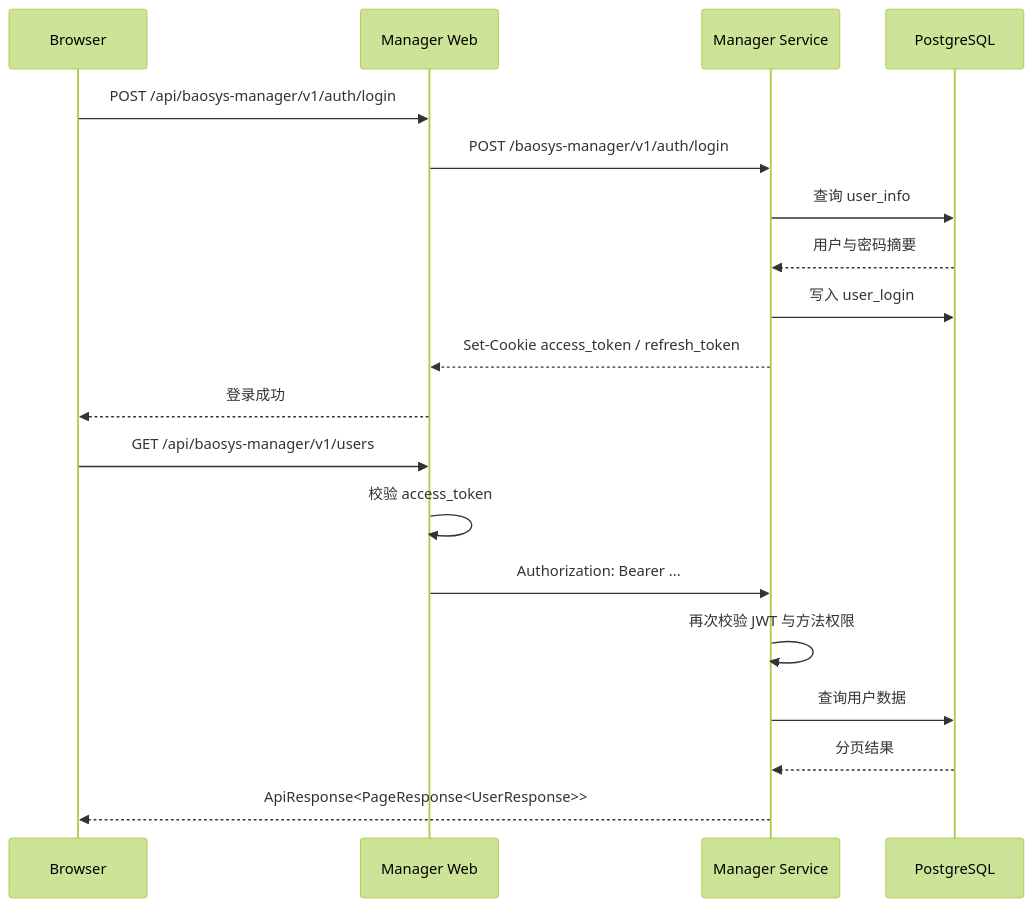
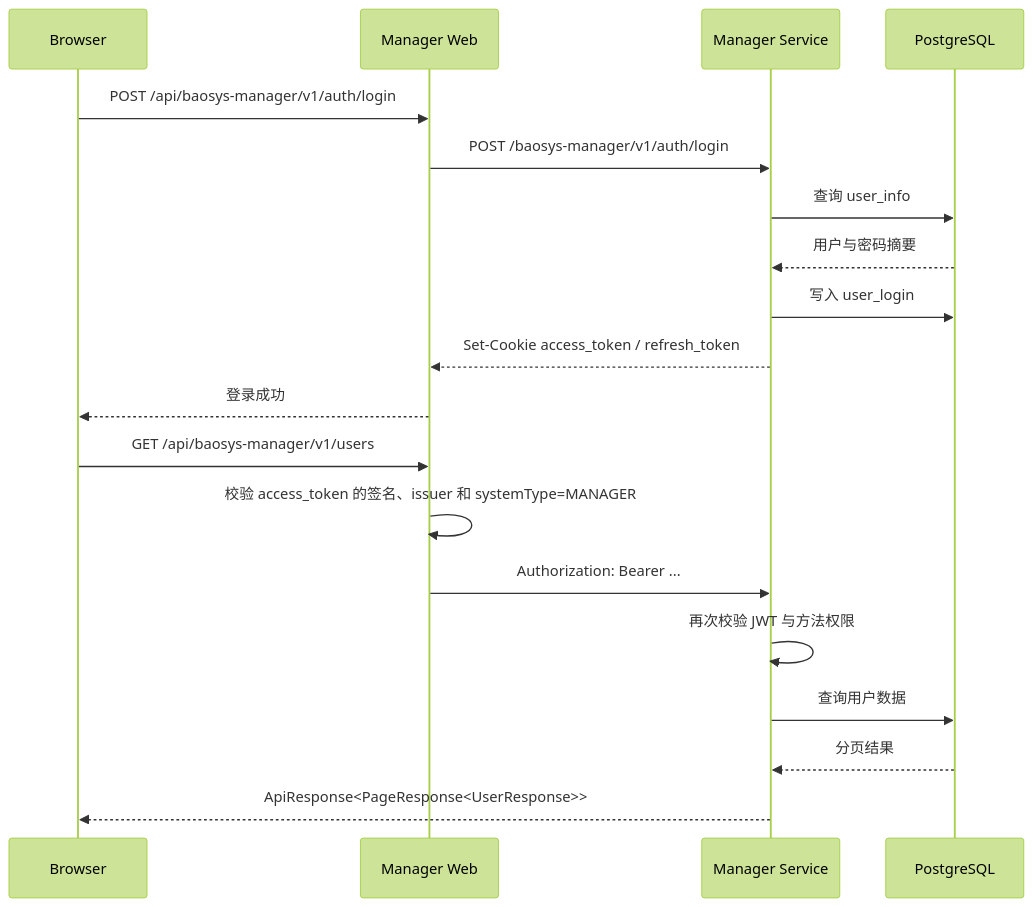
Before and after one commit to bbcdabao/baosys: the third of 3 diagrams in docs/architecture/system_architecture.md, drawn with Mermaid (forest theme). The commit also changed 70 other files, not shown here.

````diff
--- a/docs/architecture/system_architecture.md
+++ b/docs/architecture/system_architecture.md
@@ -140,23 +140,23 @@
 ```mermaid
 sequenceDiagram
     participant B as Browser
     participant G as Manager Web
     participant M as Manager Service
     participant D as PostgreSQL
 
     B->>G: POST /api/baosys-manager/v1/auth/login
     G->>M: POST /baosys-manager/v1/auth/login
     M->>D: 查询 user_info
     D-->>M: 用户与密码摘要
     M->>D: 写入 user_login
     M-->>G: Set-Cookie access_token / refresh_token
     G-->>B: 登录成功
 
     B->>G: GET /api/baosys-manager/v1/users
-    G->>G: 校验 access_token
+    G->>G: 校验 access_token 的签名、issuer 和 systemType=MANAGER
     G->>M: Authorization: Bearer ...
     M->>M: 再次校验 JWT 与方法权限
     M->>D: 查询用户数据
     D-->>M: 分页结果
     M-->>B: ApiResponse<PageResponse<UserResponse>>
 ```
````
